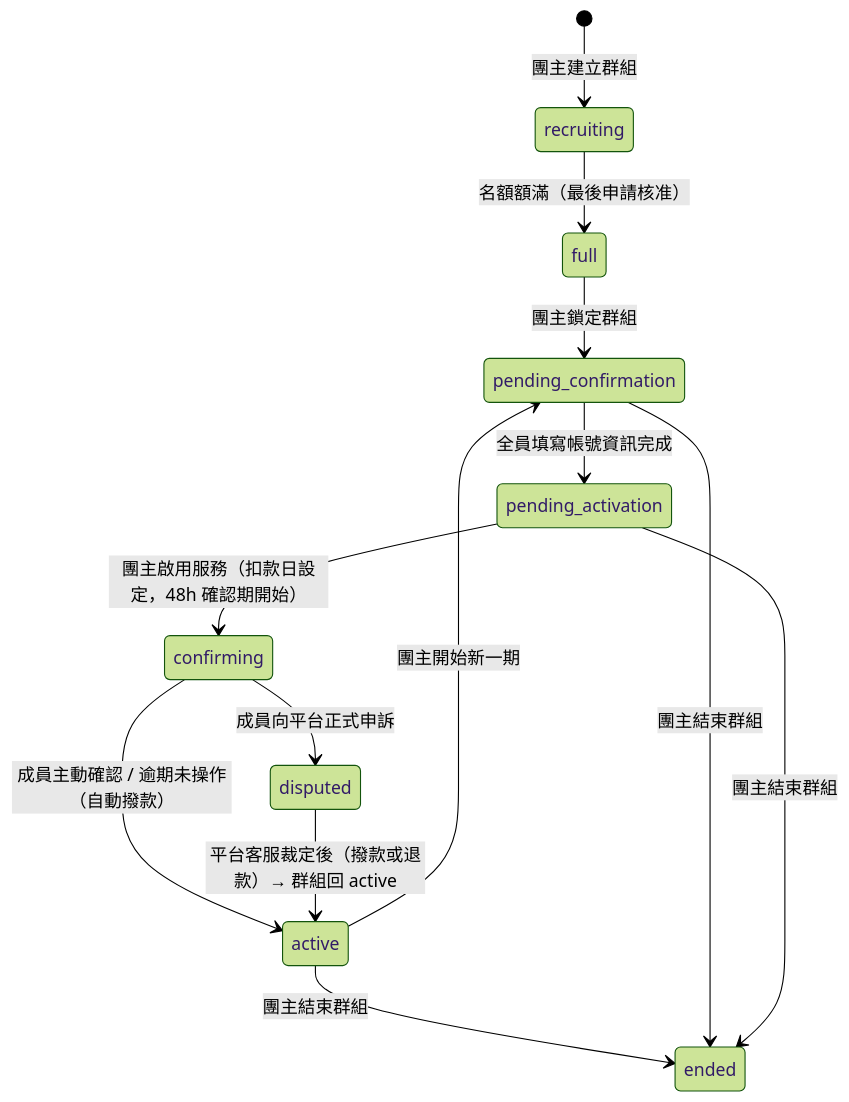
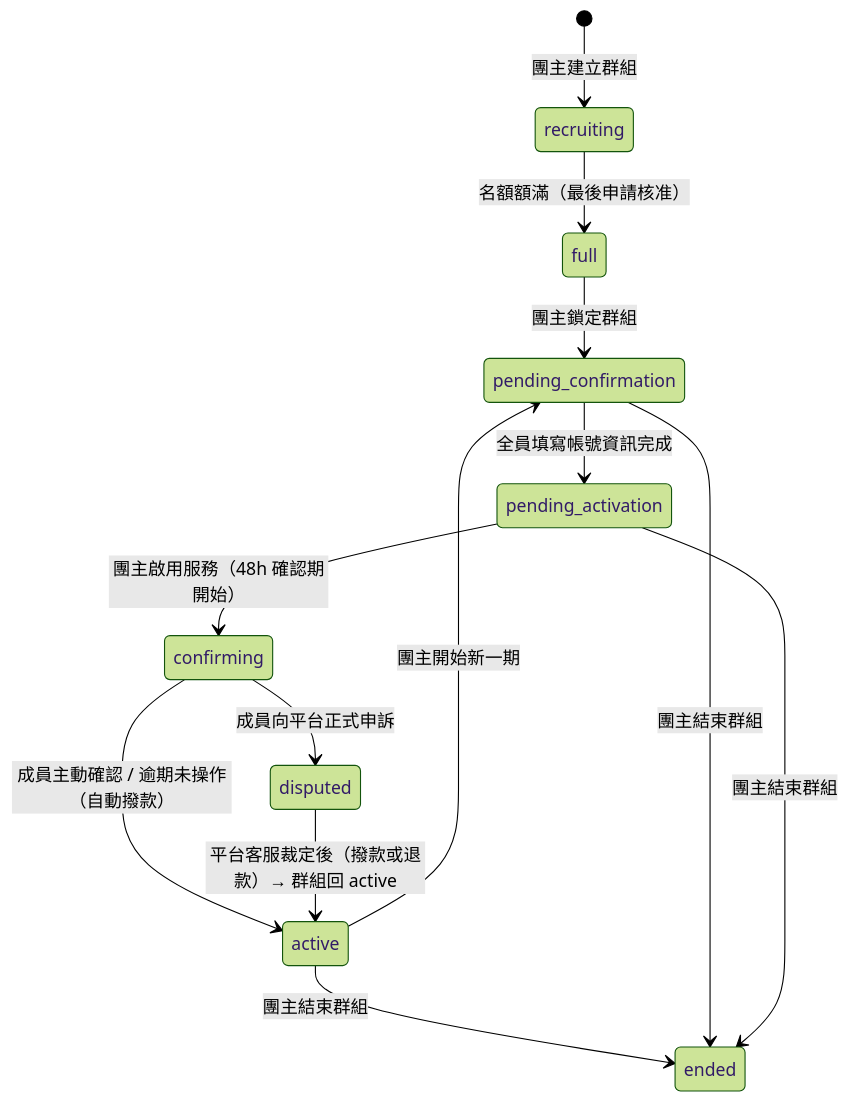
Before and after one commit to s1092055/PartyMatch: the first of 14 diagrams in docs/user-flows.md, drawn with Mermaid (forest theme). The commit also changed other lines of this file and 1 other file, not shown here.

````diff
--- a/docs/user-flows.md
+++ b/docs/user-flows.md
@@ -5,15 +5,15 @@
 ```mermaid
 stateDiagram-v2
   [*] --> recruiting : 團主建立群組
   recruiting --> full : 名額額滿（最後申請核准）
   full --> pending_confirmation : 團主鎖定群組
   pending_confirmation --> pending_activation : 全員填寫帳號資訊完成
-  pending_activation --> confirming : 團主啟用服務（扣款日設定，48h 確認期開始）
+  pending_activation --> confirming : 團主啟用服務（48h 確認期開始）
   confirming --> active : 成員主動確認 / 逾期未操作（自動撥款）
   confirming --> disputed : 成員向平台正式申訴
   disputed --> active : 平台客服裁定後（撥款或退款）→ 群組回 active
   active --> pending_confirmation : 團主開始新一期
   active --> ended : 團主結束群組
   pending_confirmation --> ended : 團主結束群組
   pending_activation --> ended : 團主結束群組
 ```
````
